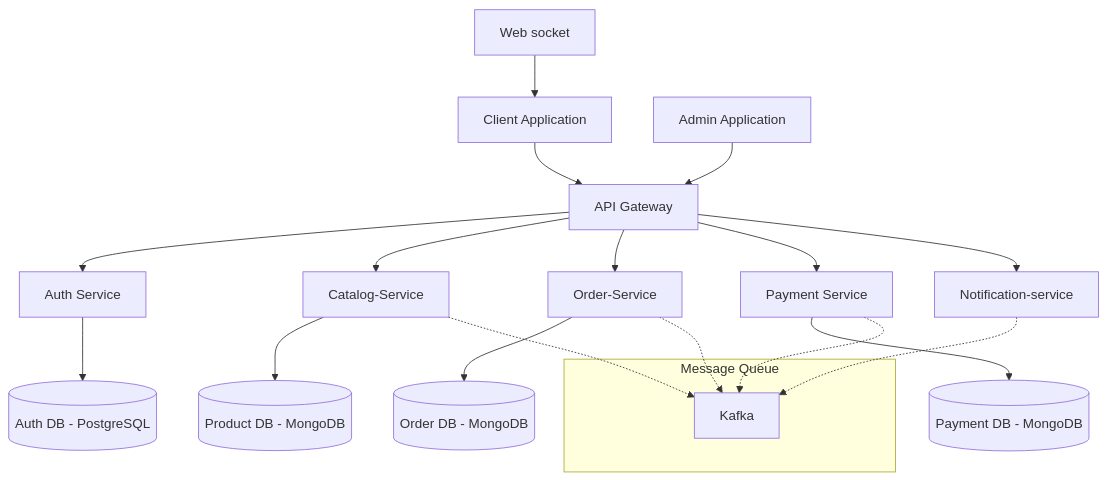
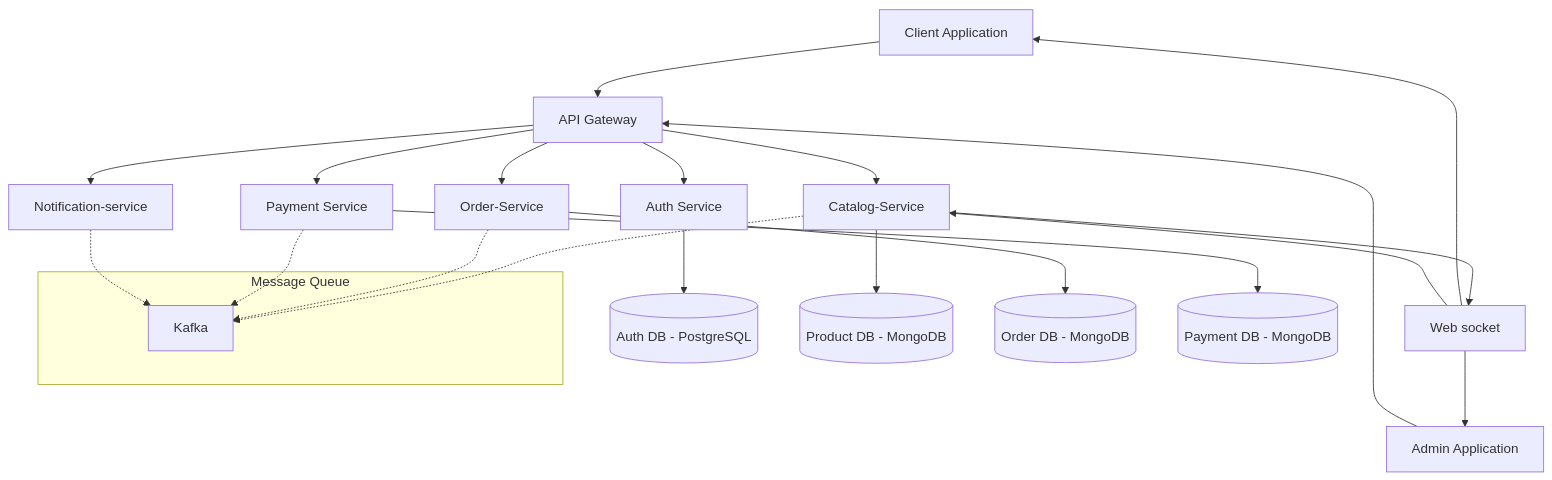
The diagram in README.md (jabinv13/CrunchCab_Microservice), drawn with Mermaid before and after one commit.

````diff
--- a/README.md
+++ b/README.md
@@ -44,25 +44,28 @@
 ```mermaid
 graph TD
     Client[Client Application] --> Gateway[API Gateway]
     AdminUI[Admin Application] --> Gateway[API Gateway]
     Gateway --> Auth[Auth Service]
     Gateway --> Products[Catalog-Service]
     Gateway --> Orders[Order-Service]
     Gateway --> Payments[Payment Service]
     Gateway --> Notification[Notification-service]
-    WenSocket[Web socket] --> Client[Client Application] 
+    WenSocket[Web socket] --> Client[Client Application]
+    WenSocket[Web socket] --> AdminUI[Admin Application]
+    WenSocket[Web socket] --> Products[Catalog-Service]
+    Products[Catalog-Service] --> WenSocket[Web socket] 
     Auth --> AuthDB[(Auth DB - PostgreSQL)]
     Products --> ProductDB[(Product DB - MongoDB)]
     Orders --> OrderDB[(Order DB - MongoDB)]
     Payments --> PaymentDB[(Payment DB - MongoDB)]
     
     subgraph Message Queue
         Kafka
     end
     
     
     Products -.-> Kafka
     Orders -.-> Kafka
     Payments -.-> Kafka
     Notification -.-> Kafka
 ```
````
